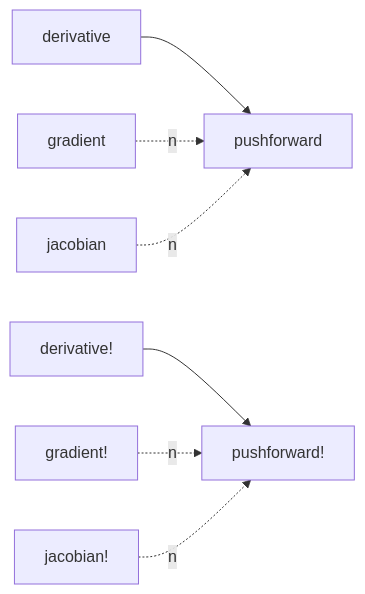
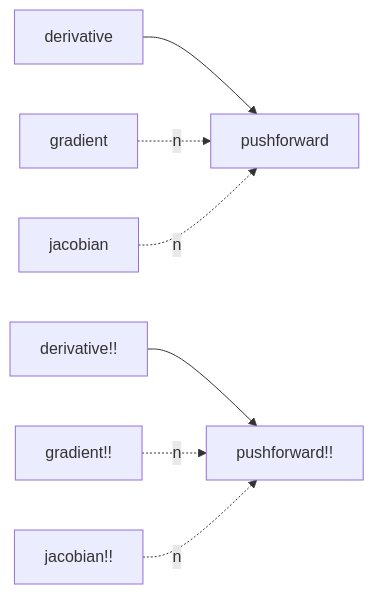
One commit to gdalle/DifferentiationInterface.jl changed the first of 2 diagrams in docs/src/developer.md. Above: the diagram before and after it, drawn with Mermaid. The commit also changed other lines of this file and 36 other files, not shown here.

````diff
--- a/docs/src/developer.md
+++ b/docs/src/developer.md
@@ -29,9 +29,9 @@
 ```mermaid
 flowchart LR
     derivative --> pushforward
-    derivative! --> pushforward!
+    derivative!! --> pushforward!!
     gradient .-> |n|pushforward
-    gradient! .-> |n|pushforward!
+    gradient!! .-> |n|pushforward!!
     jacobian .-> |n|pushforward
-    jacobian! .-> |n|pushforward!
+    jacobian!! .-> |n|pushforward!!
 ```
````
